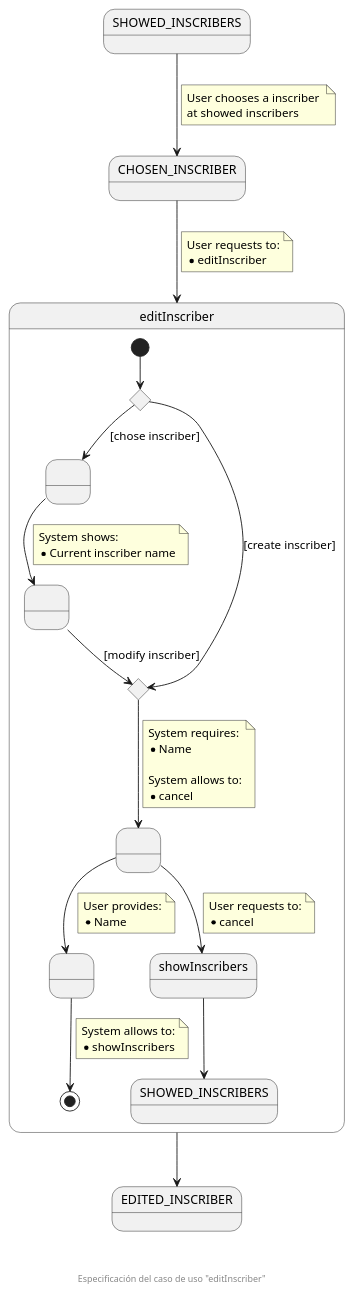
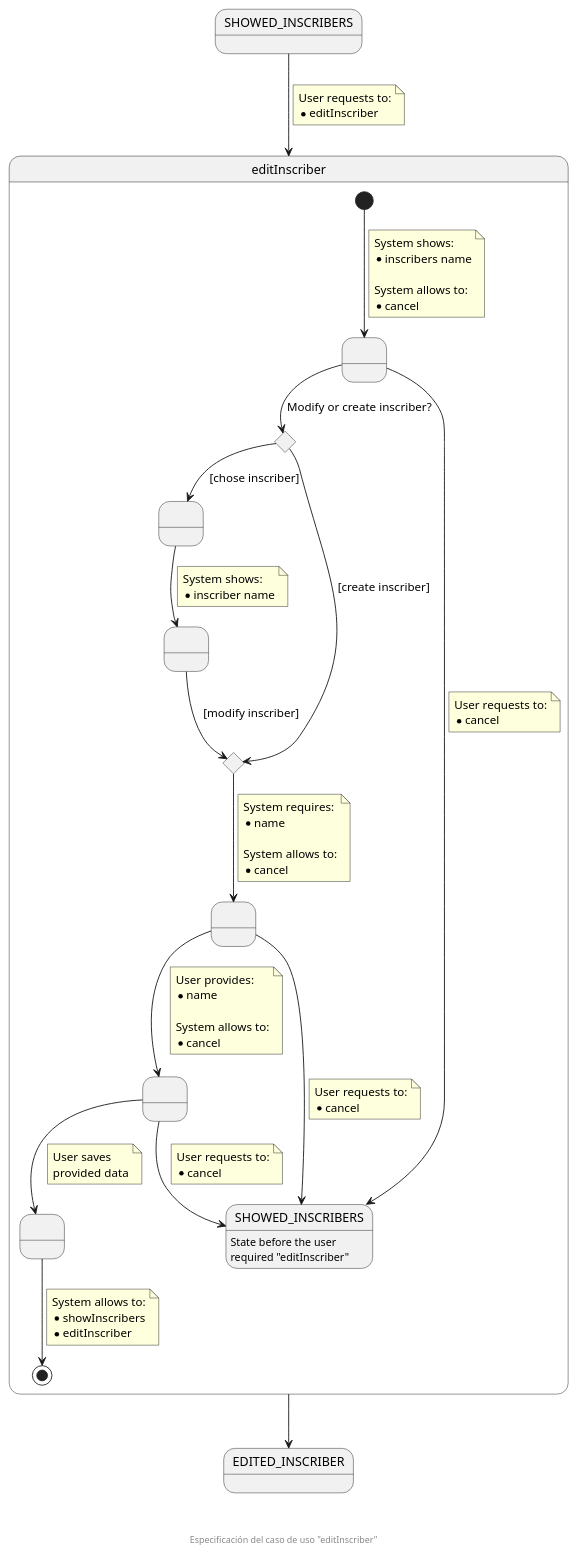
One commit to zuldare/mastercloud_pfm_halterocms changed the diagram in documentation/diagrams/1_requirements/3_useCasesSpecification/organizationSecretary/12_editInscriber.puml. Above: the diagram before and after it, drawn with PlantUML.

Commit message:
Improve editInscriber use case specification

```diff
--- a/documentation/diagrams/1_requirements/3_useCasesSpecification/organizationSecretary/12_editInscriber.puml
+++ b/documentation/diagrams/1_requirements/3_useCasesSpecification/organizationSecretary/12_editInscriber.puml
@@ -1,64 +1,91 @@
 @startuml
 state SHOWED_INSCRIBERS
-state CHOSEN_INSCRIBER
 state editInscriber {
+  state " " as SHOWED_INSCRIBERS_TO_BE_EDITED
   state createOrModifyCHC <<choice>>
   state " " as providedInscriber
   state " " as showedData
   state createOrModifyCHC2 <<choice>>
   state " " as pendingData
   state " " as providedData
-  [*] --> createOrModifyCHC
+  state " " as savedData
+  [*] --> SHOWED_INSCRIBERS_TO_BE_EDITED
+  note on link
+    System shows:
+    * inscribers name
+
+    System allows to:
+    * cancel
+  end note
+
+  SHOWED_INSCRIBERS_TO_BE_EDITED --> createOrModifyCHC : Modify or create inscriber?
+
+  SHOWED_INSCRIBERS_TO_BE_EDITED --> SHOWED_INSCRIBERS_F
+  note on link
+    User requests to:
+    * cancel
+  end note
+
   createOrModifyCHC --> providedInscriber : [chose inscriber]
   createOrModifyCHC --> createOrModifyCHC2 : [create inscriber]
   providedInscriber --> showedData
   note on link
     System shows:
-    * Current inscriber name
+    * inscriber name
   end note
   showedData --> createOrModifyCHC2 : [modify inscriber]
   createOrModifyCHC2 --> pendingData
   note on link
     System requires:
-    * Name
+    * name
 
     System allows to:
     * cancel
   end note
-  pendingData --> showInscribers
+  pendingData --> SHOWED_INSCRIBERS_F
   note on link
     User requests to:
     * cancel
   end note
-  showInscribers --> SHOWED_INSCRIBERS_F
-  pendingData --> providedData 
+
+  pendingData --> providedData
   note on link
     User provides:
-    * Name
+    * name
+
+    System allows to:
+    * cancel
   end note
-  providedData --> [*]
+
+  providedData --> savedData
+  note on link
+    User saves 
+    provided data
+  end note
+
+  providedData --> SHOWED_INSCRIBERS_F
+  note on link
+    User requests to:
+    * cancel
+  end note
+
+  savedData --> [*]
   note on link
     System allows to:
     * showInscribers
+    * editInscriber
   end note
 }
 state EDITED_INSCRIBER
-state showInscribers
-state "SHOWED_INSCRIBERS" as SHOWED_INSCRIBERS_F
+state "SHOWED_INSCRIBERS" as SHOWED_INSCRIBERS_F : State before the user\nrequired "editInscriber"
 
-SHOWED_INSCRIBERS --> CHOSEN_INSCRIBER
-note on link
-  User chooses a inscriber 
-  at showed inscribers
-end note
-
-CHOSEN_INSCRIBER --> editInscriber
+SHOWED_INSCRIBERS --> editInscriber
 note on link
   User requests to:
   * editInscriber
 end note
 
 editInscriber --> EDITED_INSCRIBER
 
 footer \n\n\n Especificación del caso de uso "editInscriber"
 @enduml
```
